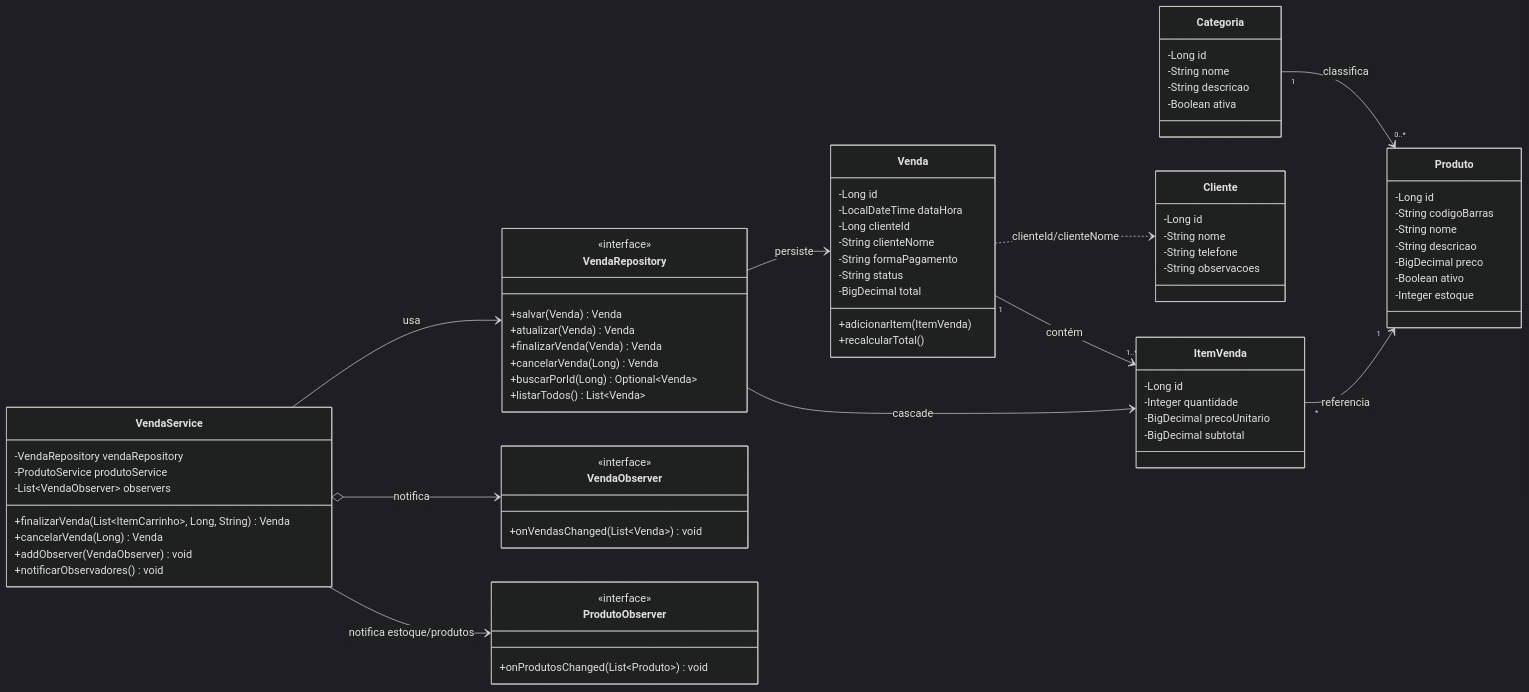
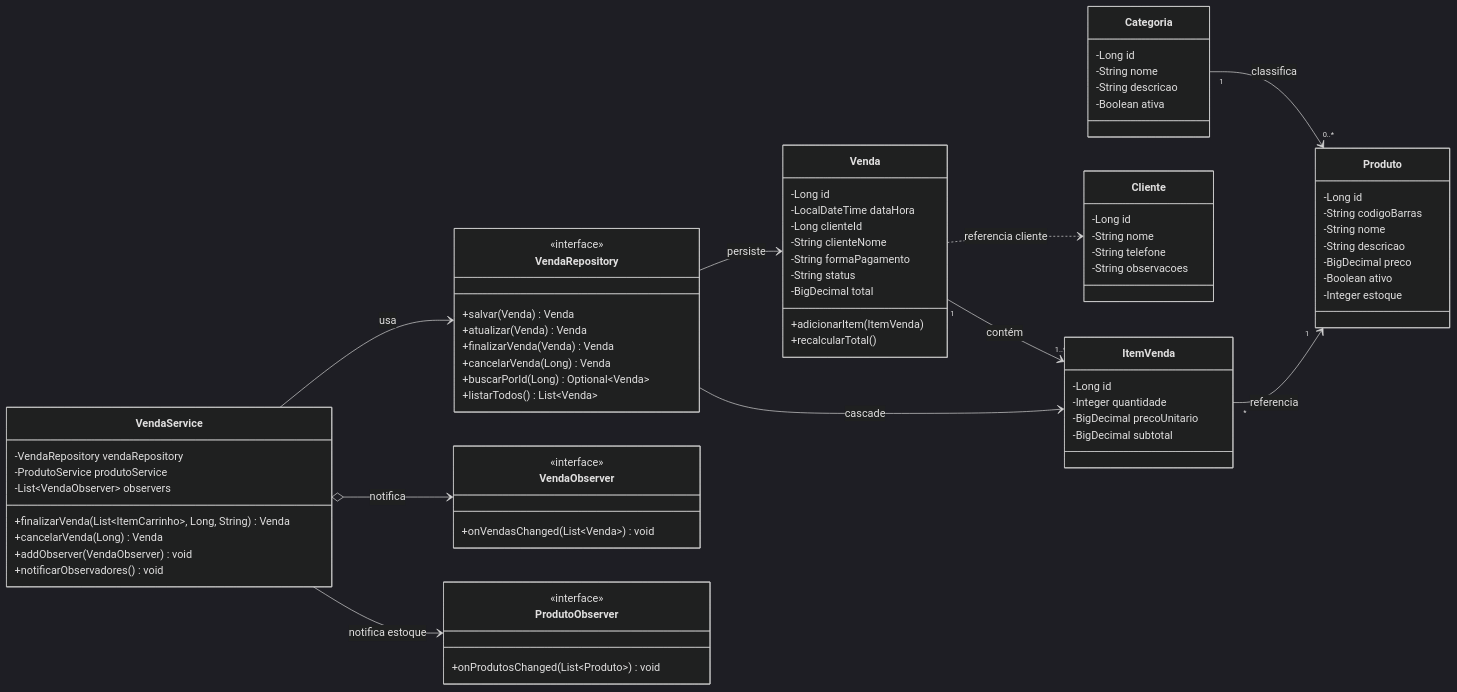
One commit to jenifferCamar/projeto-caina changed the third of 3 diagrams in README.md. Above: the diagram before and after it, drawn with Mermaid (dark theme).

Commit message:
docs(readme): ajusta rotulos Mermaid para melhor visualizacao (Card 23)
Refs #23

````diff
--- a/README.md
+++ b/README.md
@@ -274,11 +274,11 @@
     Categoria "1" --> "0..*" Produto : classifica
     Venda "1" --> "1..*" ItemVenda : contém
     ItemVenda "*" --> "1" Produto : referencia
-    Venda ..> Cliente : clienteId/clienteNome
+    Venda ..> Cliente : referencia cliente
 
     VendaService --> VendaRepository : usa
     VendaService o--> VendaObserver : notifica
-    VendaService --> ProdutoObserver : notifica estoque/produtos
+    VendaService --> ProdutoObserver : notifica estoque
     VendaRepository --> Venda : persiste
     VendaRepository --> ItemVenda : cascade
 ```
````
